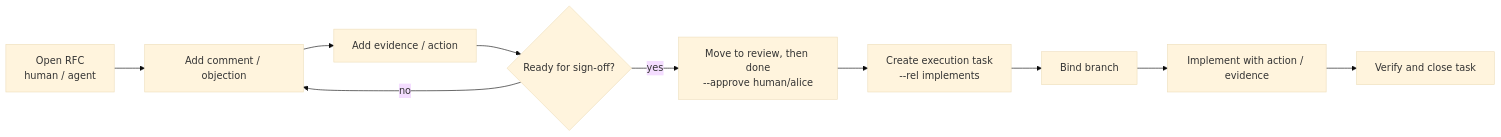
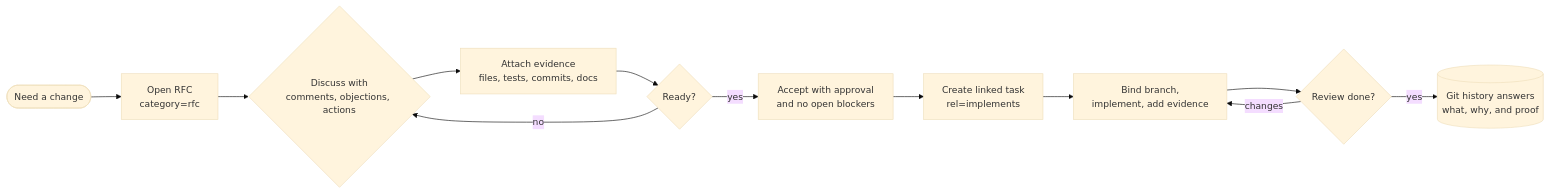
The diagram in README.md (tmineno/gitforum), drawn with Mermaid before and after one commit. The commit also changed other lines of this file, not shown here.

````diff
--- a/README.md
+++ b/README.md
@@ -15,18 +13,20 @@
 ```mermaid
 ---
 config:
   theme: "base"
   themeVariables:
-    fontSize: 16px
+    fontSize: 15px
 ---
 flowchart LR
-    A[Open RFC<br/>human / agent] --> B[Add comment / objection]
-    B --> C[Add evidence / action]
-    C --> D{Ready for sign-off?}
-    D -- no --> B
-    D -- yes --> E[Move to review, then done<br/>--approve human/alice]
-    E --> F[Create execution task<br/>--rel implements]
-    F --> G[Bind branch]
-    G --> H[Implement with action / evidence]
-    H --> I[Verify and close task]
+    need([Need a change]) --> rfc[Open RFC<br/>category=rfc]
+    rfc --> discuss{Discuss with<br/>comments, objections, actions}
+    discuss --> evidence[Attach evidence<br/>files, tests, commits, docs]
+    evidence --> decision{Ready?}
+    decision -- no --> discuss
+    decision -- yes --> accept[Accept with approval<br/>and no open blockers]
+    accept --> task[Create linked task<br/>rel=implements]
+    task --> implement[Bind branch,<br/>implement, add evidence]
+    implement --> review{Review done?}
+    review -- changes --> implement
+    review -- yes --> memory[(Git history answers<br/>what, why, and proof)]
 ```
````
